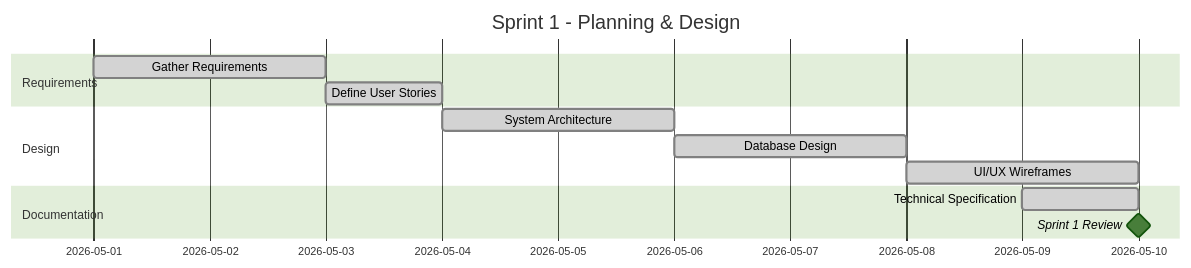
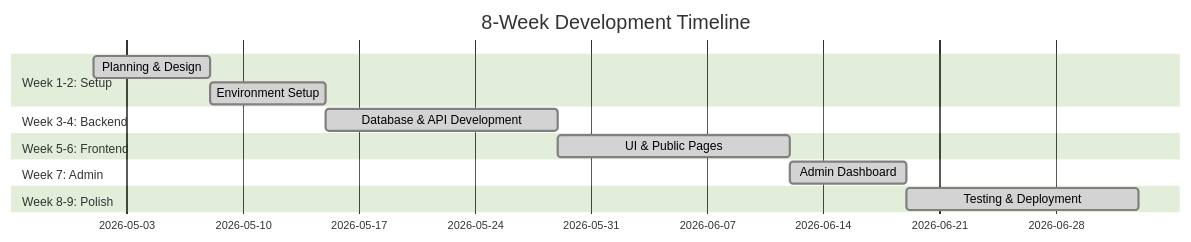
One commit to subekshyaregmi2007-source/astonish-ai-solutions changed the first of 3 diagrams in PROJECT_SCHEDULE.md. Above: the diagram before and after it, drawn with Mermaid (forest theme). The commit also changed other lines of this file, not shown here.

Commit message:
Simplify project schedule with cleaner design and better visuals

````diff
--- a/PROJECT_SCHEDULE.md
+++ b/PROJECT_SCHEDULE.md
@@ -179,18 +12,21 @@
 ```mermaid
 gantt
-    title Sprint 1 - Planning & Design
+    title 8-Week Development Timeline
     dateFormat YYYY-MM-DD
     
-    section Requirements
-    Gather Requirements              :done, s1r1, 2026-05-01, 2d
-    Define User Stories              :done, s1r2, 2026-05-03, 1d
+    section Week 1-2: Setup
+    Planning & Design             :done, p1, 2026-05-01, 7d
+    Environment Setup             :done, p2, 2026-05-08, 7d
     
-    section Design
-    System Architecture              :done, s1d1, 2026-05-04, 2d
-    Database Design                  :done, s1d2, 2026-05-06, 2d
-    UI/UX Wireframes                 :done, s1d3, 2026-05-08, 2d
+    section Week 3-4: Backend
+    Database & API Development    :done, b1, 2026-05-15, 14d
     
-    section Documentation
-    Technical Specification          :done, s1doc, 2026-05-09, 1d
-    Sprint 1 Review                  :milestone, s1end, 2026-05-10, 0d
+    section Week 5-6: Frontend
+    UI & Public Pages             :done, f1, 2026-05-29, 14d
+    
+    section Week 7: Admin
+    Admin Dashboard               :done, a1, 2026-06-12, 7d
+    
+    section Week 8-9: Polish
+    Testing & Deployment          :done, t1, 2026-06-19, 14d
 ```
````
